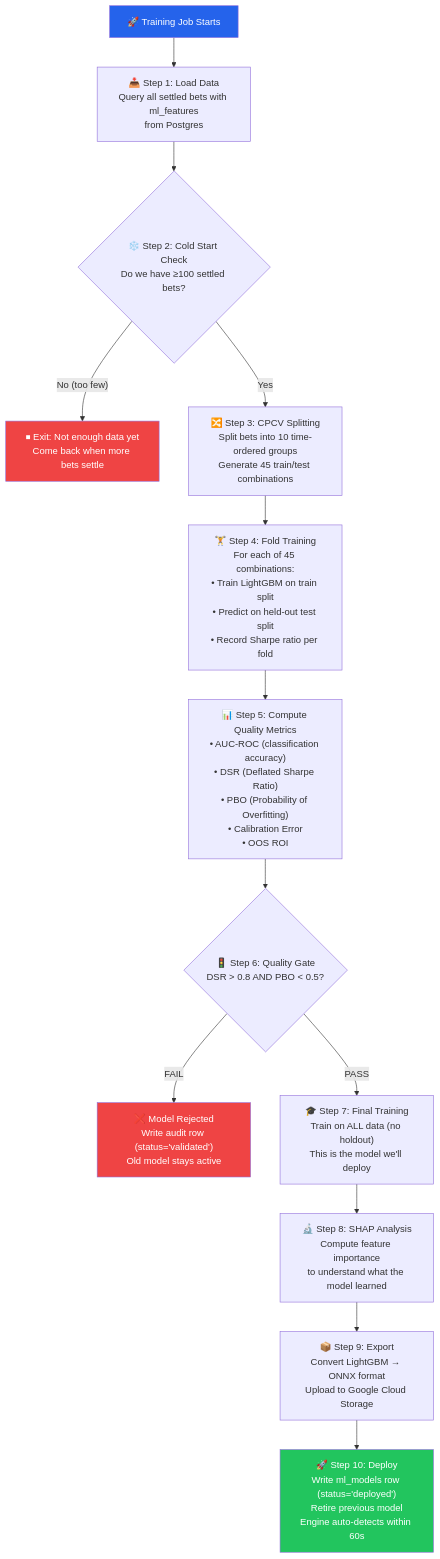
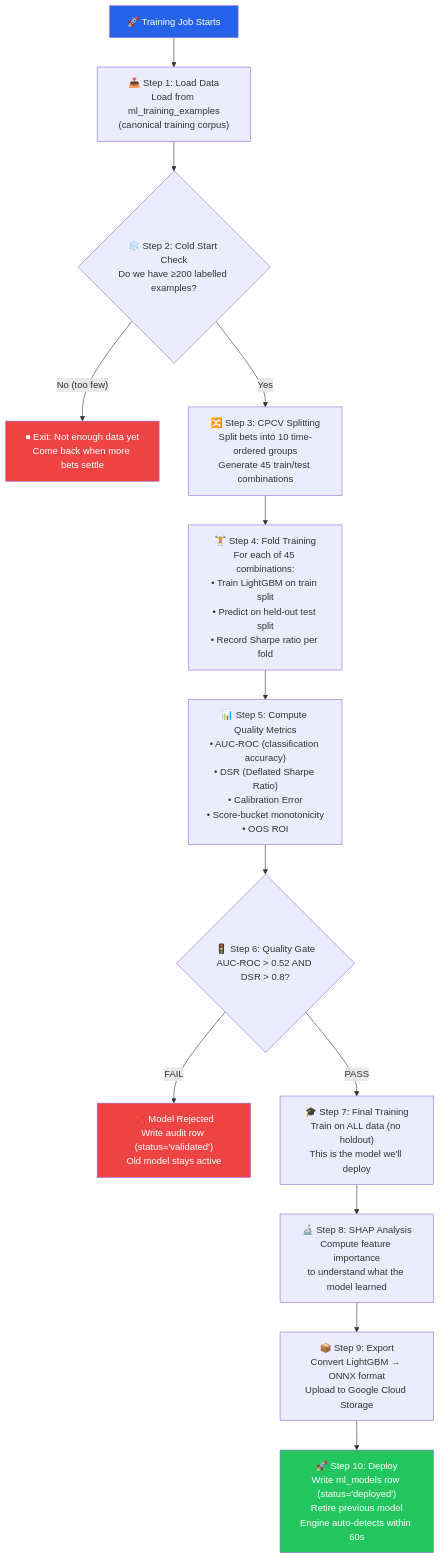
One commit to nahidhasan830/nahidArbX changed the third of 8 diagrams in MLOptimisation.md. Above: the diagram before and after it, drawn with Mermaid. The commit also changed other lines of this file and 284 other files, not shown here.

````diff
--- a/MLOptimisation.md
+++ b/MLOptimisation.md
@@ -126,31 +132,31 @@
 ```mermaid
 graph TD
     START["🚀 Training Job Starts"] --> LOAD
-    LOAD["📥 Step 1: Load Data<br/>Query all settled bets with ml_features<br/>from Postgres"] --> CHECK
-    CHECK{"❄️ Step 2: Cold Start Check<br/>Do we have ≥100 settled bets?"}
+    LOAD["📥 Step 1: Load Data<br/>Load from ml_training_examples<br/>(canonical training corpus)"] --> CHECK
+    CHECK{"❄️ Step 2: Cold Start Check<br/>Do we have ≥200 labelled examples?"}
     CHECK -->|"No (too few)"| EXIT_COLD["⏹ Exit: Not enough data yet<br/>Come back when more bets settle"]
     CHECK -->|"Yes"| CPCV
 
     CPCV["🔀 Step 3: CPCV Splitting<br/>Split bets into 10 time-ordered groups<br/>Generate 45 train/test combinations"] --> FOLD_TRAIN
 
     FOLD_TRAIN["🏋️ Step 4: Fold Training<br/>For each of 45 combinations:<br/>• Train LightGBM on train split<br/>• Predict on held-out test split<br/>• Record Sharpe ratio per fold"] --> METRICS
 
-    METRICS["📊 Step 5: Compute Quality Metrics<br/>• AUC-ROC (classification accuracy)<br/>• DSR (Deflated Sharpe Ratio)<br/>• PBO (Probability of Overfitting)<br/>• Calibration Error<br/>• OOS ROI"] --> GATE
+    METRICS["📊 Step 5: Compute Quality Metrics<br/>• AUC-ROC (classification accuracy)<br/>• DSR (Deflated Sharpe Ratio)<br/>• Calibration Error<br/>• Score-bucket monotonicity<br/>• OOS ROI"] --> GATE
 
-    GATE{"🚦 Step 6: Quality Gate<br/>DSR > 0.8 AND PBO < 0.5?"}
+    GATE{"🚦 Step 6: Quality Gate<br/>AUC-ROC > 0.52 AND DSR > 0.8?"}
     GATE -->|"FAIL"| REJECT["❌ Model Rejected<br/>Write audit row (status='validated')<br/>Old model stays active"]
     GATE -->|"PASS"| FINAL
 
     FINAL["🎓 Step 7: Final Training<br/>Train on ALL data (no holdout)<br/>This is the model we'll deploy"] --> SHAP
 
     SHAP["🔬 Step 8: SHAP Analysis<br/>Compute feature importance<br/>to understand what the model learned"] --> EXPORT
 
     EXPORT["📦 Step 9: Export<br/>Convert LightGBM → ONNX format<br/>Upload to Google Cloud Storage"] --> DEPLOY
 
     DEPLOY["🚀 Step 10: Deploy<br/>Write ml_models row (status='deployed')<br/>Retire previous model<br/>Engine auto-detects within 60s"]
 
     style START fill:#2563eb,color:white
     style EXIT_COLD fill:#ef4444,color:white
     style REJECT fill:#ef4444,color:white
     style DEPLOY fill:#22c55e,color:white
 ```
````
